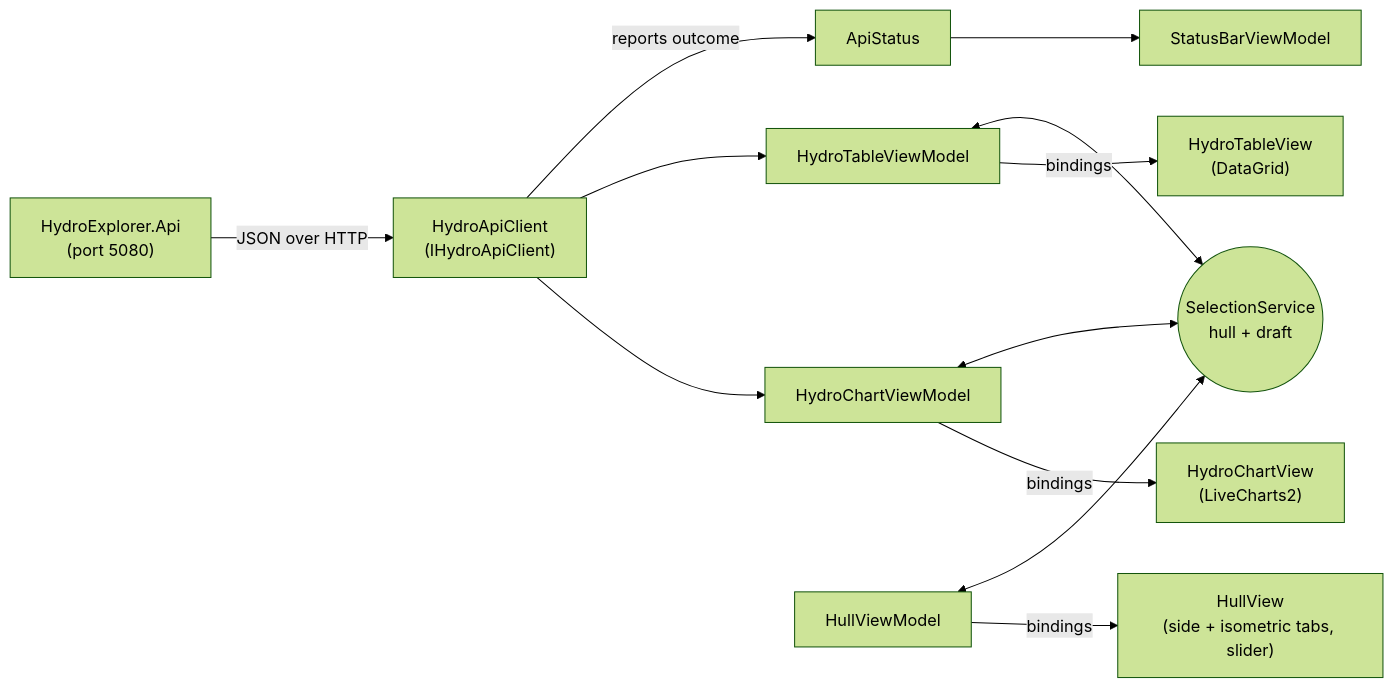
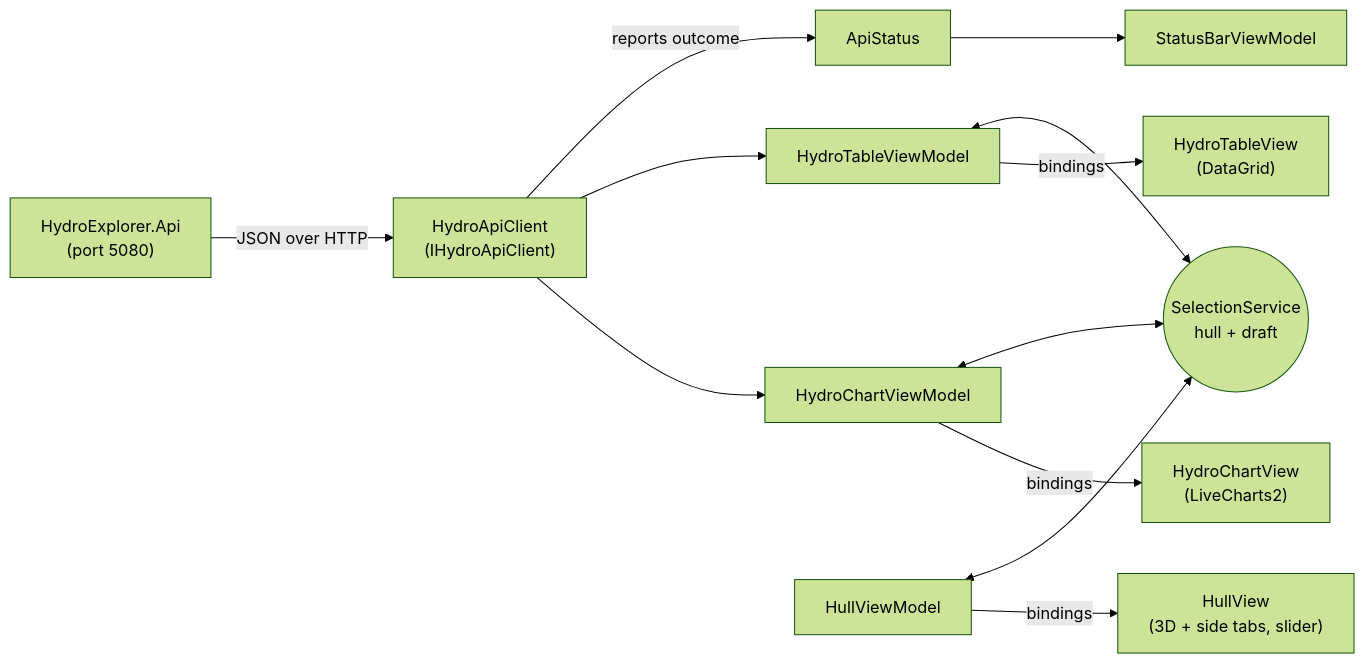
Before and after one commit to omarome/hydrostatic-explorer: the diagram in ARCHITECTURE.md, drawn with Mermaid (forest theme). The commit also changed other lines of this file and 18 other files, not shown here.

````diff
--- a/ARCHITECTURE.md
+++ b/ARCHITECTURE.md
@@ -18,14 +18,14 @@
 ```mermaid
 flowchart LR
     API["HydroExplorer.Api<br/>(port 5080)"] -- JSON over HTTP --> Client["HydroApiClient<br/>(IHydroApiClient)"]
     Client -- reports outcome --> Status["ApiStatus"]
     Client --> TableVM["HydroTableViewModel"]
     Client --> ChartVM["HydroChartViewModel"]
     TableVM <--> Sel(("SelectionService<br/>hull + draft"))
     ChartVM <--> Sel
     HullVM["HullViewModel"] <--> Sel
     Status --> StatusVM["StatusBarViewModel"]
     TableVM -- bindings --> TableView["HydroTableView<br/>(DataGrid)"]
     ChartVM -- bindings --> ChartView["HydroChartView<br/>(LiveCharts2)"]
-    HullVM -- bindings --> HullView["HullView<br/>(side + isometric tabs, slider)"]
+    HullVM -- bindings --> HullView["HullView<br/>(3D + side tabs, slider)"]
 ```
````
